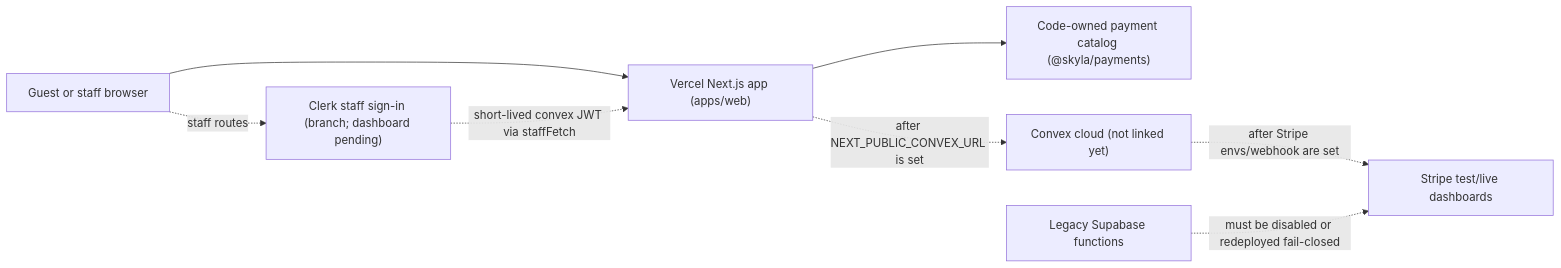
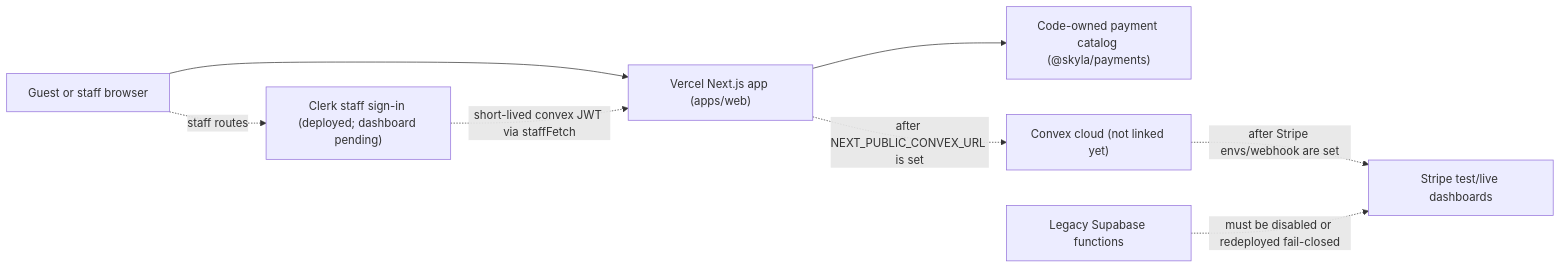
One commit to junyengit/skyla changed the diagram in docs/current-state-simple.md. Above: the diagram before and after it, drawn with Mermaid. The commit also changed other lines of this file and 4 other files, not shown here.

````diff
--- a/docs/current-state-simple.md
+++ b/docs/current-state-simple.md
@@ -67,18 +67,18 @@
 ```mermaid
 flowchart LR
   browser["Guest or staff browser"]
-  clerk["Clerk staff sign-in (branch; dashboard pending)"]
+  clerk["Clerk staff sign-in (deployed; dashboard pending)"]
   next["Vercel Next.js app (apps/web)"]
   catalog["Code-owned payment catalog (@skyla/payments)"]
   convex["Convex cloud (not linked yet)"]
   stripe["Stripe test/live dashboards"]
   supabase["Legacy Supabase functions"]
 
   browser --> next
   browser -. "staff routes" .-> clerk
   clerk -. "short-lived convex JWT via staffFetch" .-> next
   next --> catalog
   next -. "after NEXT_PUBLIC_CONVEX_URL is set" .-> convex
   convex -. "after Stripe envs/webhook are set" .-> stripe
   supabase -. "must be disabled or redeployed fail-closed" .-> stripe
 ```
````
